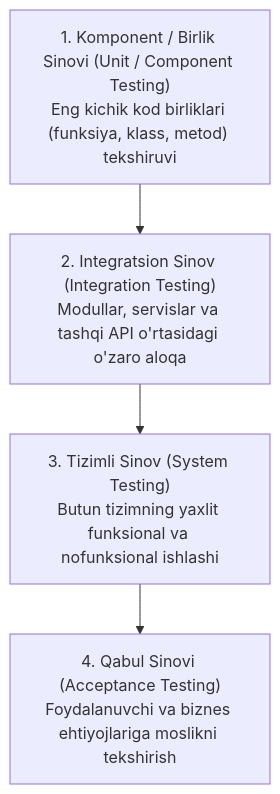
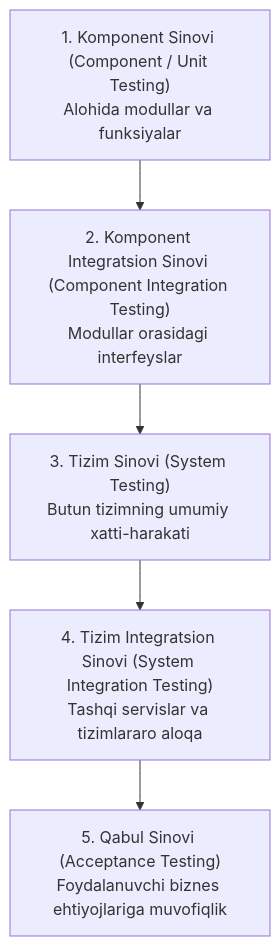
Before and after one commit to Ergashov15/qa-uzbekistan: the fifth of 7 diagrams in app/docs/istqb-foundation/testing-throughout-the-sdlc/page.mdx, drawn with Mermaid. The commit also changed other lines of this file and 5 other files, not shown here.

````diff
--- a/app/docs/istqb-foundation/testing-throughout-the-sdlc/page.mdx
+++ b/app/docs/istqb-foundation/testing-throughout-the-sdlc/page.mdx
@@ -34,8 +294,10 @@
 ```mermaid
 flowchart TD
-    UAT["4. Qabul Sinovi (Acceptance Testing)\nFoydalanuvchi va biznes ehtiyojlariga moslikni tekshirish"]
-    SYS["3. Tizimli Sinov (System Testing)\nButun tizimning yaxlit funksional va nofunksional ishlashi"]
-    INT["2. Integratsion Sinov (Integration Testing)\nModullar, servislar va tashqi API o'rtasidagi o'zaro aloqa"]
-    UNIT["1. Komponent / Birlik Sinovi (Unit / Component Testing)\nEng kichik kod birliklari (funksiya, klass, metod) tekshiruvi"]
-    UNIT --> INT --> SYS --> UAT
+    L5["5. Qabul Sinovi (Acceptance Testing)\nFoydalanuvchi biznes ehtiyojlariga muvofiqlik"]
+    L4["4. Tizim Integratsion Sinovi (System Integration Testing)\nTashqi servislar va tizimlararo aloqa"]
+    L3["3. Tizim Sinovi (System Testing)\nButun tizimning umumiy xatti-harakati"]
+    L2["2. Komponent Integratsion Sinovi (Component Integration Testing)\nModullar orasidagi interfeyslar"]
+    L1["1. Komponent Sinovi (Component / Unit Testing)\nAlohida modullar va funksiyalar"]
+    
+    L1 --> L2 --> L3 --> L4 --> L5
 ```
````
